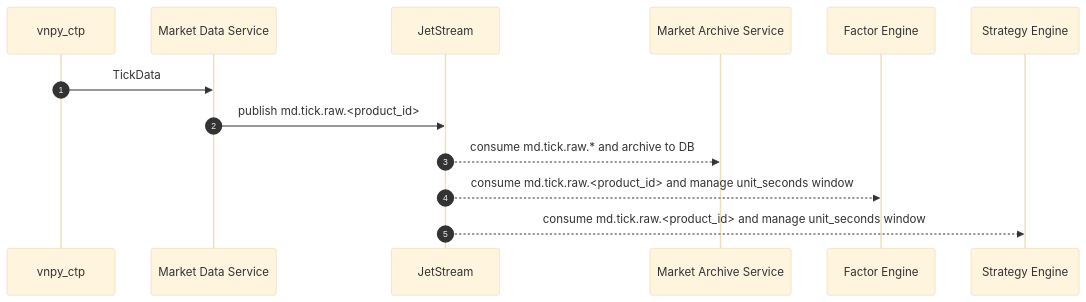
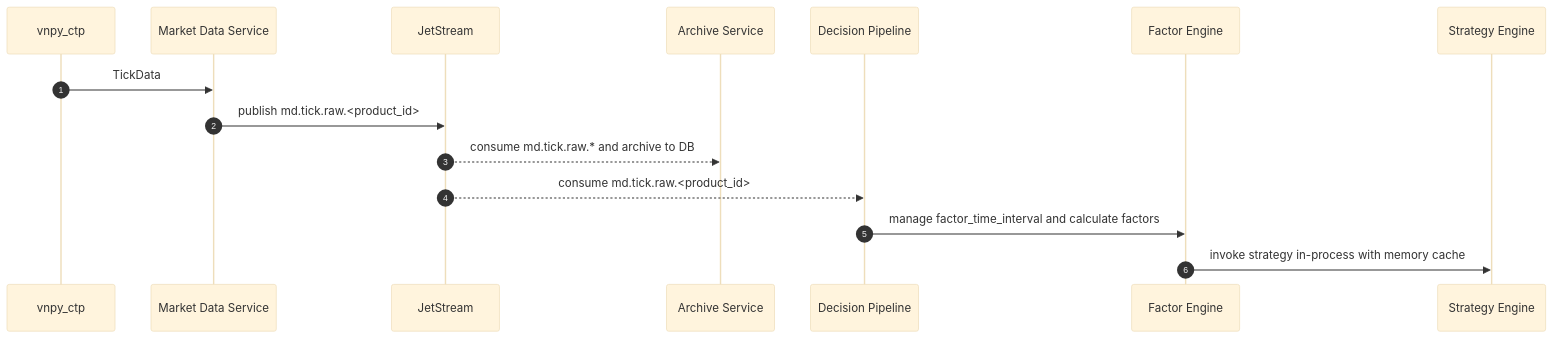
The second of 2 diagrams in docs/design/01_market_data_service_technical_design.md (lancewliang/vnpy_hft), drawn with Mermaid (base theme) before and after one commit. The commit also changed other lines of this file and 5 other files, not shown here.

````diff
--- a/docs/design/01_market_data_service_technical_design.md
+++ b/docs/design/01_market_data_service_technical_design.md
@@ -201,17 +200,19 @@
 ```mermaid
 sequenceDiagram
     autonumber
     participant CTP as vnpy_ctp
     participant MDS as Market Data Service
     participant MQ as JetStream
-    participant MA as Market Archive Service
+    participant AS as Archive Service
+    participant DP as Decision Pipeline
     participant FE as Factor Engine
     participant SE as Strategy Engine
 
     CTP->>MDS: TickData
     MDS->>MQ: publish md.tick.raw.<product_id>
 
-    MQ-->>MA: consume md.tick.raw.* and archive to DB
-    MQ-->>FE: consume md.tick.raw.<product_id> and manage unit_seconds window
-    MQ-->>SE: consume md.tick.raw.<product_id> and manage unit_seconds window
+    MQ-->>AS: consume md.tick.raw.* and archive to DB
+    MQ-->>DP: consume md.tick.raw.<product_id>
+    DP->>FE: manage factor_time_interval and calculate factors
+    FE->>SE: invoke strategy in-process with memory cache
 ```
````
